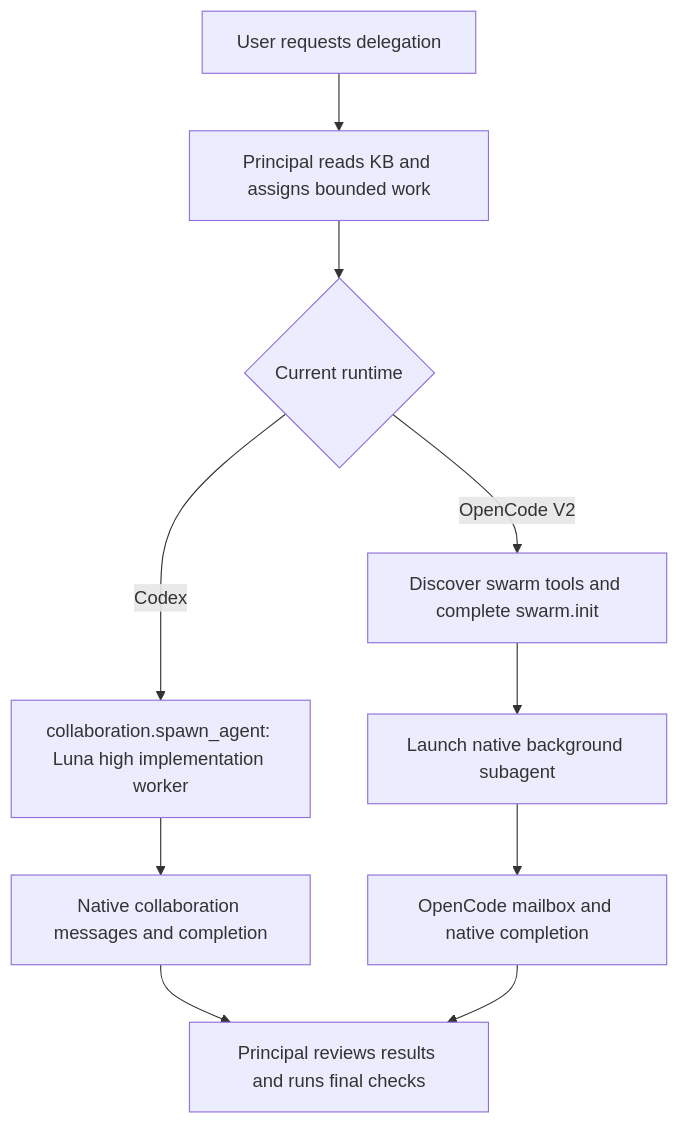
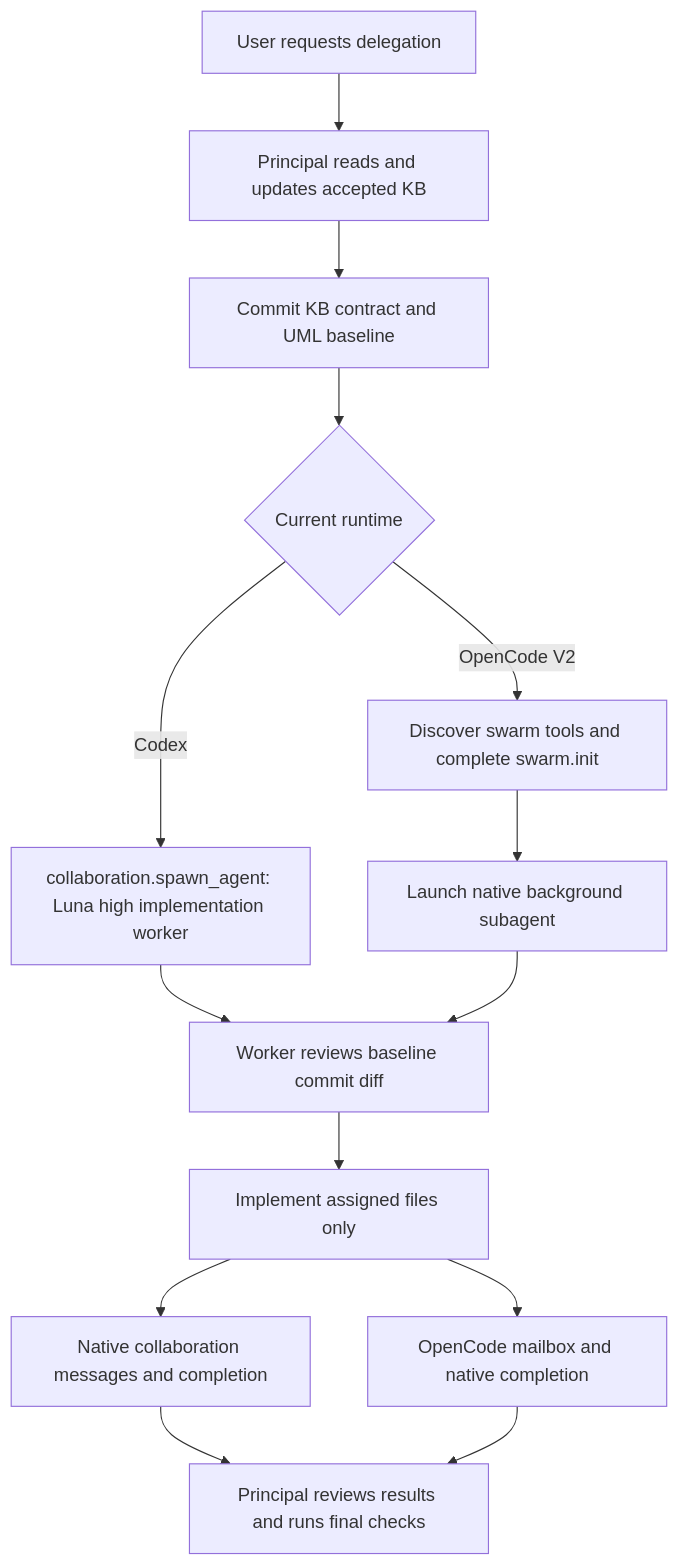
The diagram in docs/knowledge/uml/agent-swarm.md (LucaSforza/nnmodelling-ui), drawn with Mermaid before and after one commit. The commit also changed 19 other files, not shown here.

````diff
--- a/docs/knowledge/uml/agent-swarm.md
+++ b/docs/knowledge/uml/agent-swarm.md
@@ -8,12 +8,16 @@
 ```mermaid
   flowchart TD
-      Request[User requests delegation] --> KB[Principal reads KB and assigns bounded work]
-      KB --> Runtime{Current runtime}
+      Request[User requests delegation] --> KB[Principal reads and updates accepted KB]
+      KB --> Baseline[Commit KB contract and UML baseline]
+      Baseline --> Runtime{Current runtime}
       Runtime -->|OpenCode V2| Init[Discover swarm tools and complete swarm.init]
       Init --> Native[Launch native background subagent]
       Runtime -->|Codex| Spawn[collaboration.spawn_agent: Luna high implementation worker]
-      Spawn --> Messages[Native collaboration messages and completion]
-      Native --> Mailbox[OpenCode mailbox and native completion]
+      Spawn --> Diff[Worker reviews baseline commit diff]
+      Native --> Diff
+      Diff --> Implement[Implement assigned files only]
+      Implement --> Messages[Native collaboration messages and completion]
+      Implement --> Mailbox[OpenCode mailbox and native completion]
       Messages --> Review[Principal reviews results and runs final checks]
       Mailbox --> Review
 ```
````
